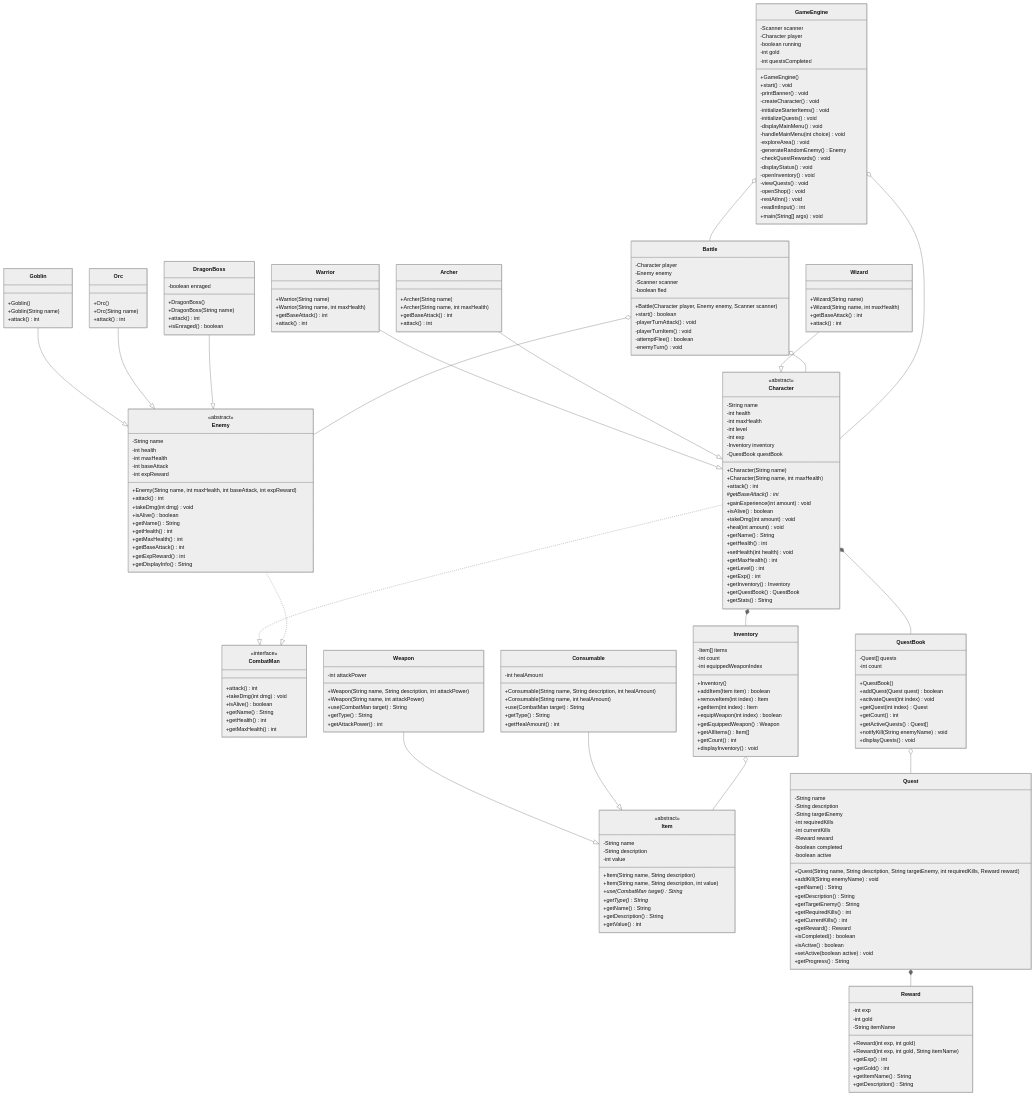
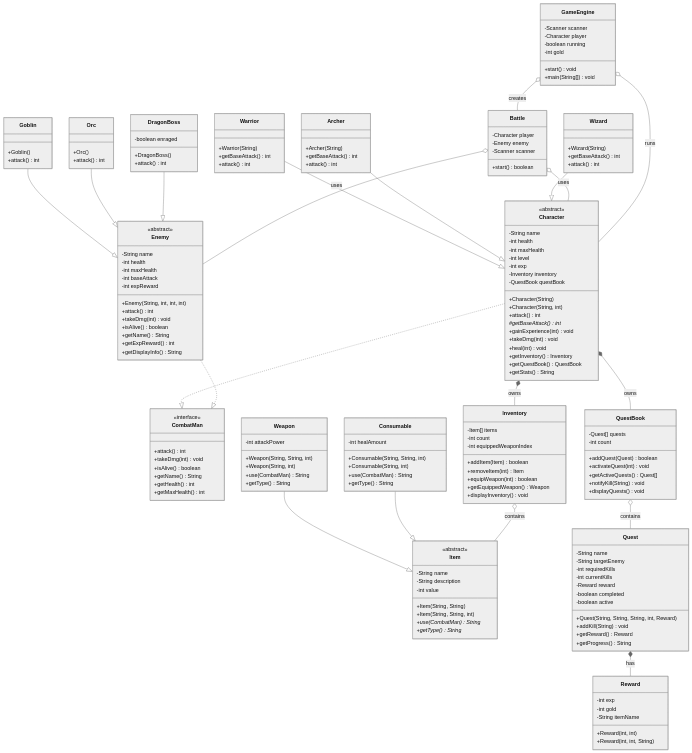
One commit to Danukaji-Hansanath0/MythicCore changed the diagram in README.md. Above: the diagram before and after it, drawn with Mermaid (neutral theme). The commit also changed other lines of this file and 1 other file, not shown here.

Commit message:
Rewrite README with class architecture focus

````diff
--- a/README.md
+++ b/README.md
@@ -18,7 +156,7 @@
     class CombatMan {
         <<interface>>
         +attack() int
-        +takeDmg(int dmg) void
+        +takeDmg(int) void
         +isAlive() boolean
         +getName() String
         +getHealth() int
@@ -34,42 +172,32 @@
         -int exp
         -Inventory inventory
         -QuestBook questBook
-        +Character(String name)
-        +Character(String name, int maxHealth)
+        +Character(String)
+        +Character(String, int)
         +attack() int
         #getBaseAttack() int*
-        +gainExperience(int amount) void
-        +isAlive() boolean
-        +takeDmg(int amount) void
-        +heal(int amount) void
-        +getName() String
-        +getHealth() int
-        +setHealth(int health) void
-        +getMaxHealth() int
-        +getLevel() int
-        +getExp() int
+        +gainExperience(int) void
+        +takeDmg(int) void
+        +heal(int) void
         +getInventory() Inventory
         +getQuestBook() QuestBook
         +getStats() String
     }
 
     class Warrior {
-        +Warrior(String name)
-        +Warrior(String name, int maxHealth)
+        +Warrior(String)
         +getBaseAttack() int
         +attack() int
     }
 
     class Archer {
-        +Archer(String name)
-        +Archer(String name, int maxHealth)
+        +Archer(String)
         +getBaseAttack() int
         +attack() int
     }
 
     class Wizard {
-        +Wizard(String name)
-        +Wizard(String name, int maxHealth)
+        +Wizard(String)
         +getBaseAttack() int
         +attack() int
     }
@@ -81,36 +209,29 @@
         -int maxHealth
         -int baseAttack
         -int expReward
-        +Enemy(String name, int maxHealth, int baseAttack, int expReward)
+        +Enemy(String, int, int, int)
         +attack() int
-        +takeDmg(int dmg) void
+        +takeDmg(int) void
         +isAlive() boolean
         +getName() String
-        +getHealth() int
-        +getMaxHealth() int
-        +getBaseAttack() int
         +getExpReward() int
         +getDisplayInfo() String
     }
 
     class Goblin {
         +Goblin()
-        +Goblin(String name)
         +attack() int
     }
 
     class Orc {
         +Orc()
-        +Orc(String name)
         +attack() int
     }
 
     class DragonBoss {
         -boolean enraged
         +DragonBoss()
-        +DragonBoss(String name)
         +attack() int
-        +isEnraged() boolean
     }
 
     class Item {
@@ -118,81 +239,60 @@
         -String name
         -String description
         -int value
-        +Item(String name, String description)
-        +Item(String name, String description, int value)
-        +use(CombatMan target) String*
+        +Item(String, String)
+        +Item(String, String, int)
+        +use(CombatMan) String*
         +getType() String*
-        +getName() String
-        +getDescription() String
-        +getValue() int
     }
 
     class Weapon {
         -int attackPower
-        +Weapon(String name, String description, int attackPower)
-        +Weapon(String name, int attackPower)
-        +use(CombatMan target) String
+        +Weapon(String, String, int)
+        +Weapon(String, int)
+        +use(CombatMan) String
         +getType() String
-        +getAttackPower() int
     }
 
     class Consumable {
         -int healAmount
-        +Consumable(String name, String description, int healAmount)
-        +Consumable(String name, int healAmount)
-        +use(CombatMan target) String
+        +Consumable(String, String, int)
+        +Consumable(String, int)
+        +use(CombatMan) String
         +getType() String
-        +getHealAmount() int
     }
 
     class Inventory {
         -Item[] items
         -int count
         -int equippedWeaponIndex
-        +Inventory()
-        +addItem(Item item) boolean
-        +removeItem(int index) Item
-        +getItem(int index) Item
-        +equipWeapon(int index) boolean
+        +addItem(Item) boolean
+        +removeItem(int) Item
+        +equipWeapon(int) boolean
         +getEquippedWeapon() Weapon
-        +getAllItems() Item[]
-        +getCount() int
         +displayInventory() void
     }
 
     class Quest {
         -String name
-        -String description
         -String targetEnemy
         -int requiredKills
         -int currentKills
         -Reward reward
         -boolean completed
         -boolean active
-        +Quest(String name, String description, String targetEnemy, int requiredKills, Reward reward)
-        +addKill(String enemyName) void
-        +getName() String
-        +getDescription() String
-        +getTargetEnemy() String
-        +getRequiredKills() int
-        +getCurrentKills() int
+        +Quest(String, String, String, int, Reward)
+        +addKill(String) void
         +getReward() Reward
-        +isCompleted() boolean
-        +isActive() boolean
-        +setActive(boolean active) void
         +getProgress() String
     }
 
     class QuestBook {
         -Quest[] quests
         -int count
-        +QuestBook()
-        +addQuest(Quest quest) boolean
-        +activateQuest(int index) void
-        +getQuest(int index) Quest
-        +getCount() int
+        +addQuest(Quest) boolean
+        +activateQuest(int) void
         +getActiveQuests() Quest[]
-        +notifyKill(String enemyName) void
+        +notifyKill(String) void
         +displayQuests() void
     }
 
@@ -200,25 +300,15 @@
         -int exp
         -int gold
         -String itemName
-        +Reward(int exp, int gold)
-        +Reward(int exp, int gold, String itemName)
-        +getExp() int
-        +getGold() int
-        +getItemName() String
-        +getDescription() String
+        +Reward(int, int)
+        +Reward(int, int, String)
     }
 
     class Battle {
         -Character player
         -Enemy enemy
         -Scanner scanner
-        -boolean fled
-        +Battle(Character player, Enemy enemy, Scanner scanner)
         +start() boolean
-        -playerTurnAttack() void
-        -playerTurnItem() void
-        -attemptFlee() boolean
-        -enemyTurn() void
     }
 
     class GameEngine {
@@ -226,25 +316,8 @@
         -Character player
         -boolean running
         -int gold
-        -int questsCompleted
-        +GameEngine()
         +start() void
-        -printBanner() void
-        -createCharacter() void
-        -initializeStarterItems() void
-        -initializeQuests() void
-        -displayMainMenu() void
-        -handleMainMenu(int choice) void
-        -exploreArea() void
-        -generateRandomEnemy() Enemy
-        -checkQuestRewards() void
-        -displayStatus() void
-        -openInventory() void
-        -viewQuests() void
-        -openShop() void
-        -restAtInn() void
-        -readIntInput() int
-        +main(String[] args) void
+        +main(String[]) void
     }
 
     Character ..|> CombatMan
@@ -257,13 +330,13 @@
     DragonBoss --|> Enemy
     Weapon --|> Item
     Consumable --|> Item
-    Character *-- Inventory
-    Character *-- QuestBook
-    Inventory o-- Item
-    QuestBook o-- Quest
-    Quest *-- Reward
-    Battle o-- Character
-    Battle o-- Enemy
-    GameEngine o-- Character
-    GameEngine o-- Battle
+    Character *-- Inventory : owns
+    Character *-- QuestBook : owns
+    Inventory o-- Item : contains
+    QuestBook o-- Quest : contains
+    Quest *-- Reward : has
+    Battle o-- Character : uses
+    Battle o-- Enemy : uses
+    GameEngine o-- Character : runs
+    GameEngine o-- Battle : creates
 ```
````
